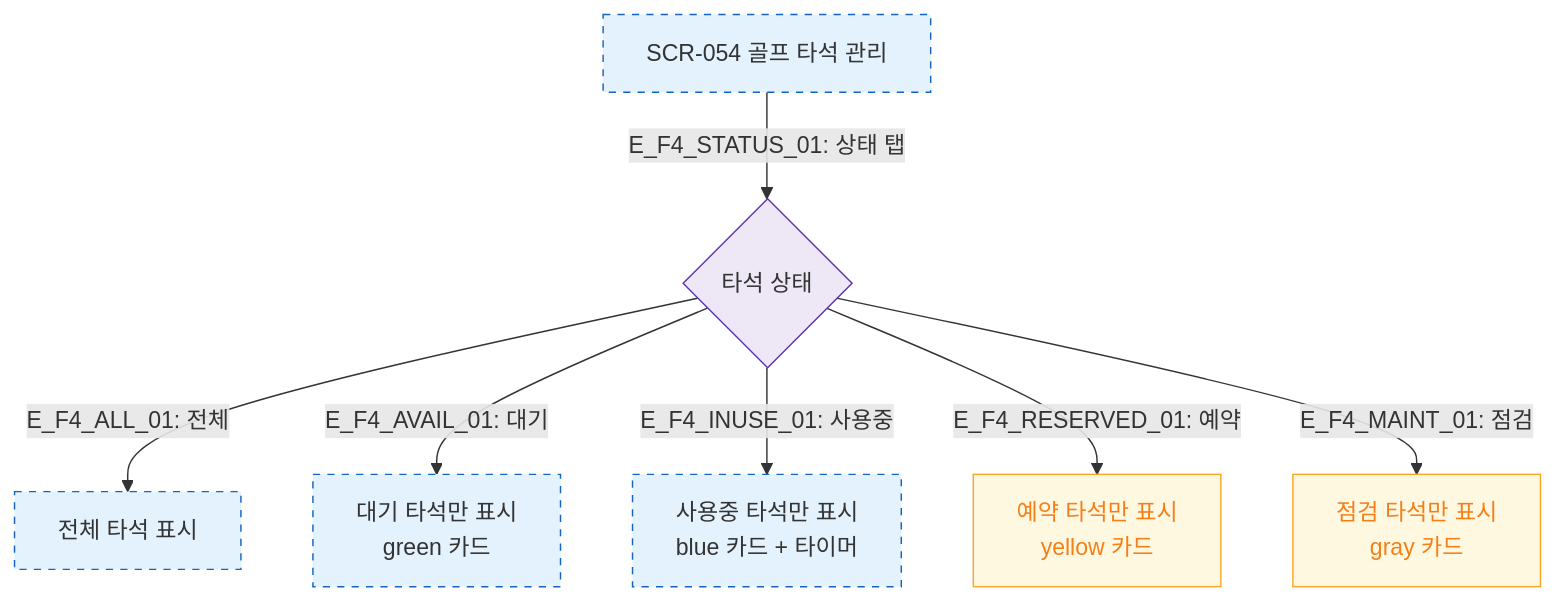
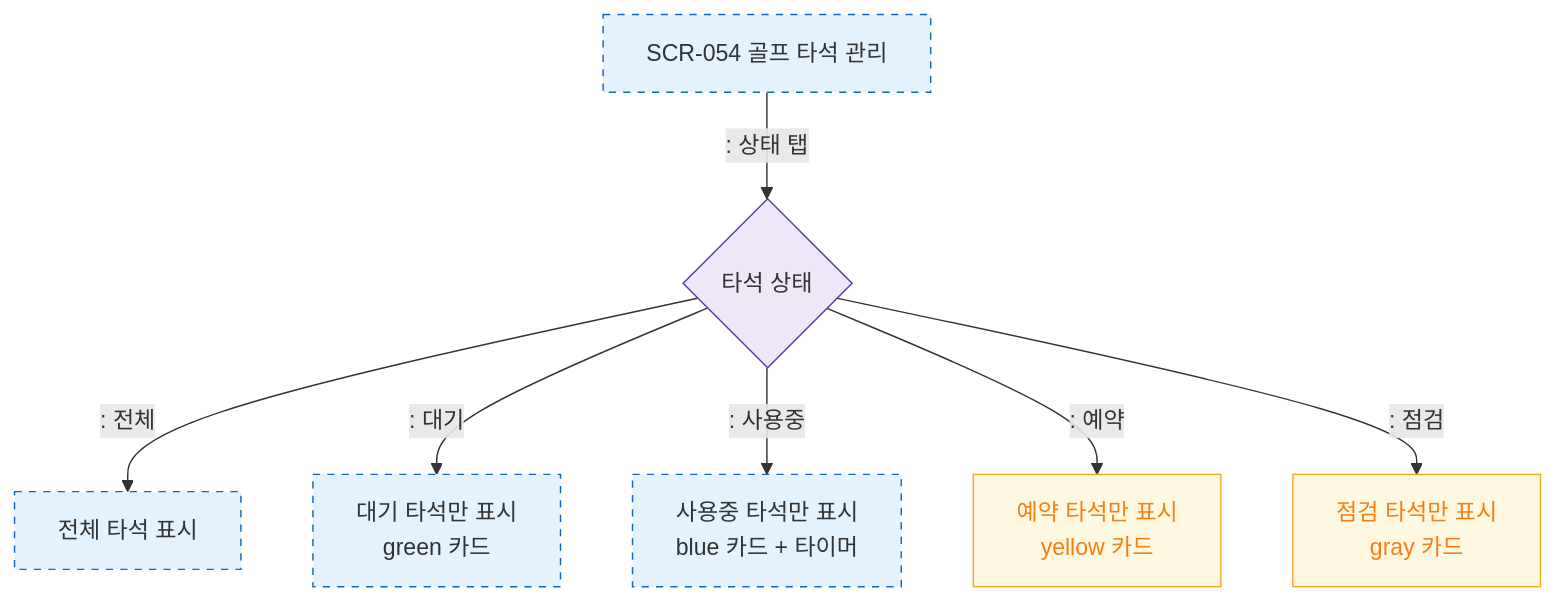
Before and after one commit to dev-spogym/admin-pando: the diagram in docs/다이어그램/D06_시설관리/SCR-054_골프타석관리/F4_필터검색.md, drawn with Mermaid. The commit also changed other lines of this file and 1660 other files, not shown here.

First line of the commit message:
다이어그램: 기획자/클라이언트 납품본으로 정리

````diff
--- a/docs/다이어그램/D06_시설관리/SCR-054_골프타석관리/F4_필터검색.md
+++ b/docs/다이어그램/D06_시설관리/SCR-054_골프타석관리/F4_필터검색.md
@@ -16,18 +14,18 @@
 ```mermaid
 flowchart TD
     SCR_054[SCR-054 골프 타석 관리]
 
-    SCR_054 -->|"E_F4_STATUS_01: 상태 탭"| StatusFilter{타석 상태}
-    StatusFilter -->|"E_F4_ALL_01: 전체"| AllBays[전체 타석 표시]
-    StatusFilter -->|"E_F4_AVAIL_01: 대기"| AvailBays[대기 타석만 표시\ngreen 카드]
-    StatusFilter -->|"E_F4_INUSE_01: 사용중"| InUseBays[사용중 타석만 표시\nblue 카드 + 타이머]
-    StatusFilter -->|"E_F4_RESERVED_01: 예약"| ReservedBays[예약 타석만 표시\nyellow 카드]
-    StatusFilter -->|"E_F4_MAINT_01: 점검"| MaintBays[점검 타석만 표시\ngray 카드]
+    SCR_054 -->|": 상태 탭"|StatusFilter{타석 상태}
+    StatusFilter -->|": 전체"|AllBays[전체 타석 표시]
+    StatusFilter -->|": 대기"|AvailBays[대기 타석만 표시\ngreen 카드]
+    StatusFilter -->|": 사용중"|InUseBays[사용중 타석만 표시\nblue 카드 + 타이머]
+    StatusFilter -->|": 예약"|ReservedBays[예약 타석만 표시\nyellow 카드]
+    StatusFilter -->|": 점검"|MaintBays[점검 타석만 표시\ngray 카드]
 
     classDef screen fill:#E3F2FD,stroke:#1565C0,stroke-dasharray:5 5
     classDef warning fill:#FFF8E1,stroke:#F9A825,color:#F57F17
     classDef system fill:#EDE7F6,stroke:#5E35B2
     class SCR_054,AllBays,AvailBays,InUseBays screen
     class ReservedBays,MaintBays warning
     class StatusFilter system
 ```
````
